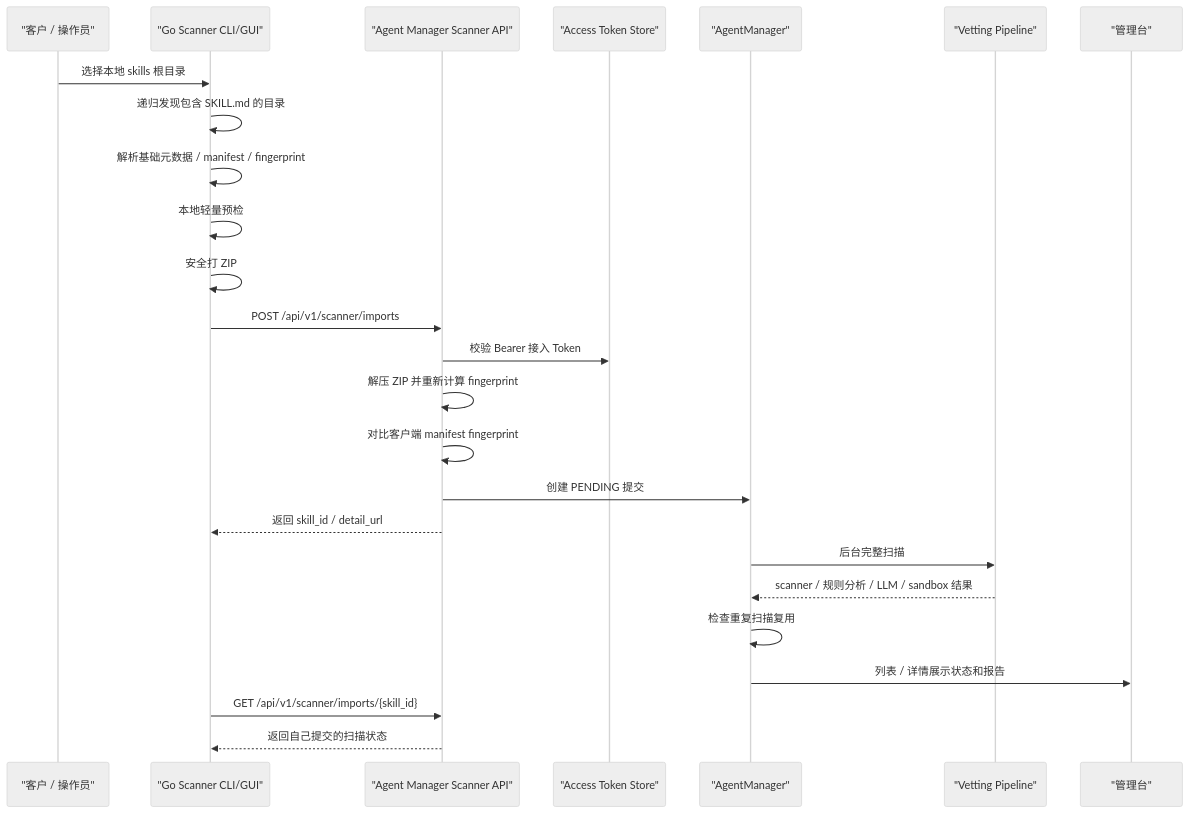
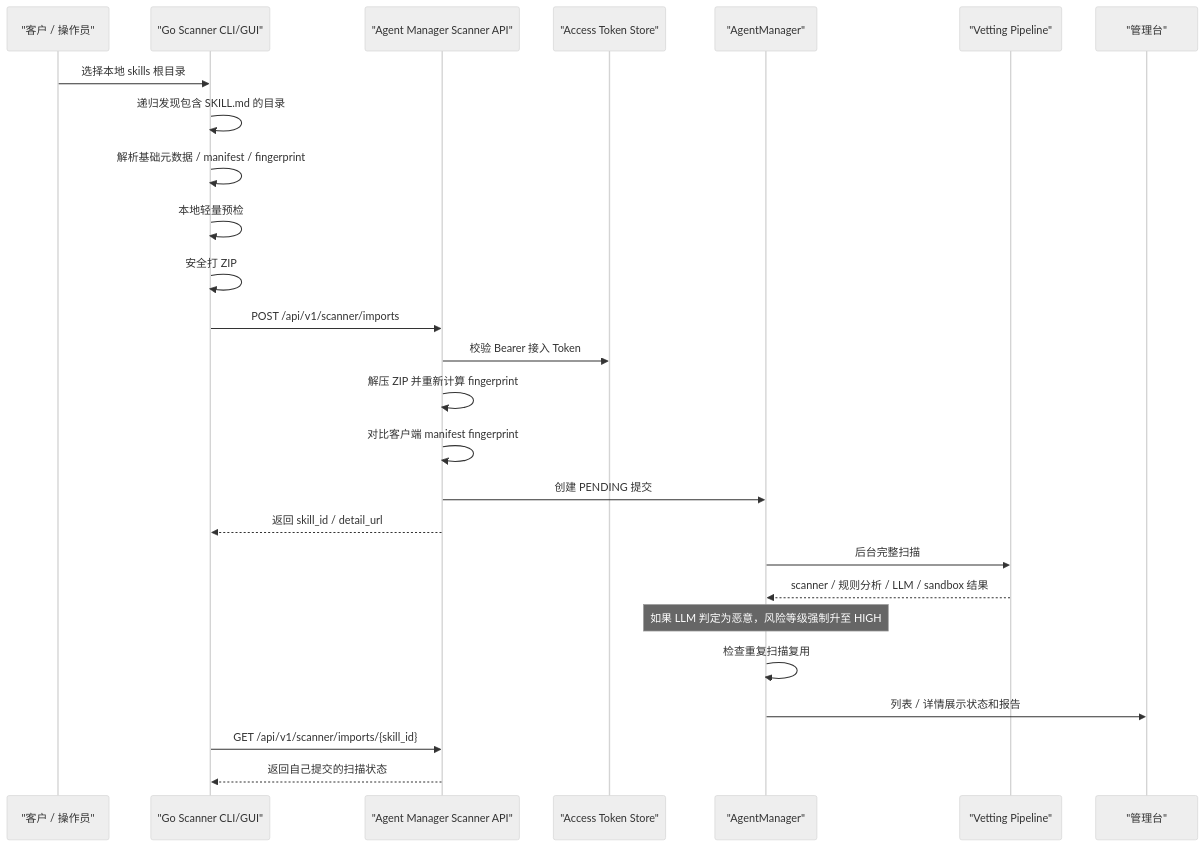
The diagram in docs/skill-scanner.md (HuangLuGuang/skill-manager), drawn with Mermaid (neutral theme) before and after one commit. The commit also changed other lines of this file and 15 other files, not shown here.

````diff
--- a/docs/skill-scanner.md
+++ b/docs/skill-scanner.md
@@ -27,28 +27,29 @@
 ```mermaid
 sequenceDiagram
     participant User as "客户 / 操作员"
     participant Scanner as "Go Scanner CLI/GUI"
     participant API as "Agent Manager Scanner API"
     participant Token as "Access Token Store"
     participant Mgr as "AgentManager"
     participant Vet as "Vetting Pipeline"
     participant UI as "管理台"
 
     User->>Scanner: 选择本地 skills 根目录
     Scanner->>Scanner: 递归发现包含 SKILL.md 的目录
     Scanner->>Scanner: 解析基础元数据 / manifest / fingerprint
     Scanner->>Scanner: 本地轻量预检
     Scanner->>Scanner: 安全打 ZIP
     Scanner->>API: POST /api/v1/scanner/imports
     API->>Token: 校验 Bearer 接入 Token
     API->>API: 解压 ZIP 并重新计算 fingerprint
     API->>API: 对比客户端 manifest fingerprint
     API->>Mgr: 创建 PENDING 提交
     API-->>Scanner: 返回 skill_id / detail_url
     Mgr->>Vet: 后台完整扫描
     Vet-->>Mgr: scanner / 规则分析 / LLM / sandbox 结果
+    Note over Mgr: 如果 LLM 判定为恶意，风险等级强制升至 HIGH
     Mgr->>Mgr: 检查重复扫描复用
     Mgr->>UI: 列表 / 详情展示状态和报告
     Scanner->>API: GET /api/v1/scanner/imports/{skill_id}
     API-->>Scanner: 返回自己提交的扫描状态
 ```
````
